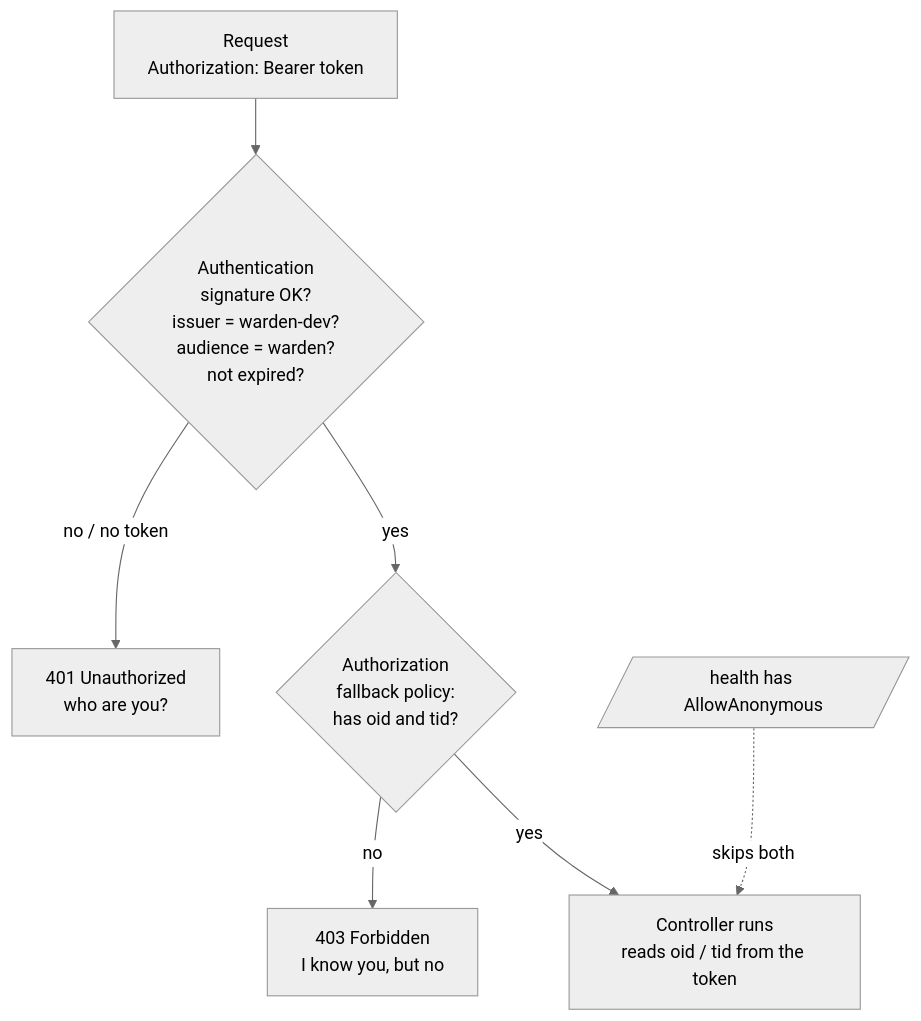
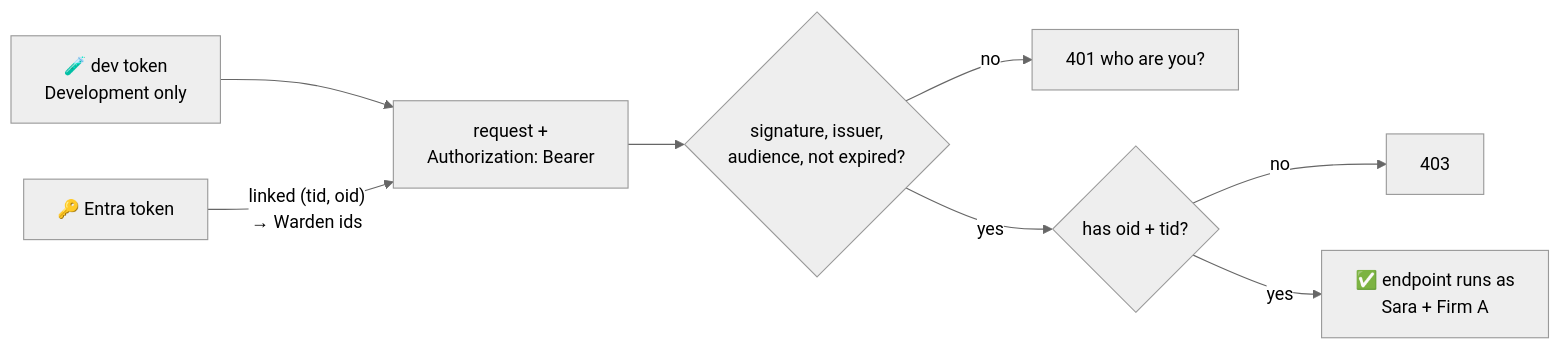
One commit to musishere/Warden-tickmark changed the sixth of 24 diagrams in warden/docs/how-it-works.md. Above: the diagram before and after it, drawn with Mermaid (neutral theme). The commit also changed other lines of this file and 16 other files, not shown here.

````diff
--- a/warden/docs/how-it-works.md
+++ b/warden/docs/how-it-works.md
@@ -265,9 +291,10 @@
 ```mermaid
-flowchart TD
-    R[Request<br/>Authorization: Bearer token] --> A1{Authentication<br/>signature OK?<br/>issuer = warden-dev?<br/>audience = warden?<br/>not expired?}
-    A1 -->|no / no token| U401[401 Unauthorized<br/>who are you?]
-    A1 -->|yes| A2{Authorization<br/>fallback policy:<br/>has oid and tid?}
-    A2 -->|no| F403[403 Forbidden<br/>I know you, but no]
-    A2 -->|yes| C[Controller runs<br/>reads oid / tid from the token]
-    P[/health has AllowAnonymous/] -.->|skips both| C
+flowchart LR
+    R["request +<br/>Authorization: Bearer"] --> Q1{"signature, issuer,<br/>audience, not expired?"}
+    Q1 -->|no| N1["401 who are you?"]
+    Q1 -->|yes| Q2{"has oid + tid?"}
+    Q2 -->|no| N2["403"]
+    Q2 -->|yes| OK["✅ endpoint runs as<br/>Sara + Firm A"]
+    Dev["🧪 dev token<br/>Development only"] --> R
+    En["🔑 Entra token"] -->|"linked (tid, oid)<br/>→ Warden ids"| R
 ```
````
